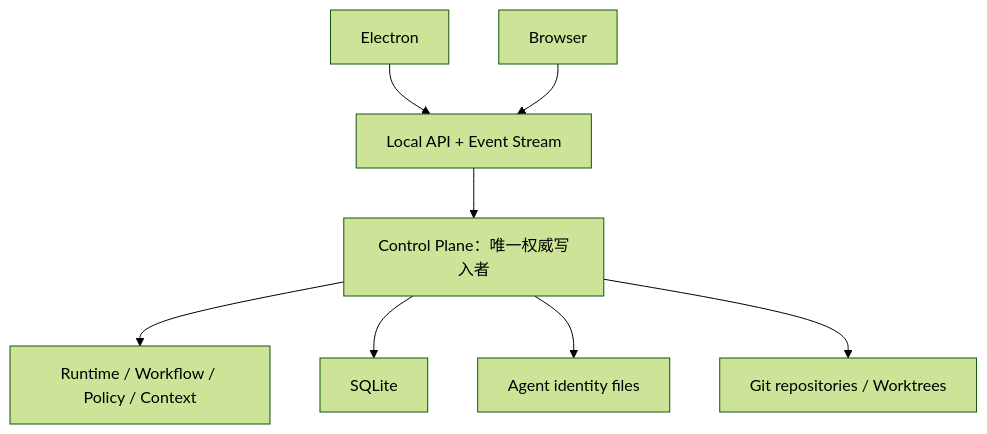
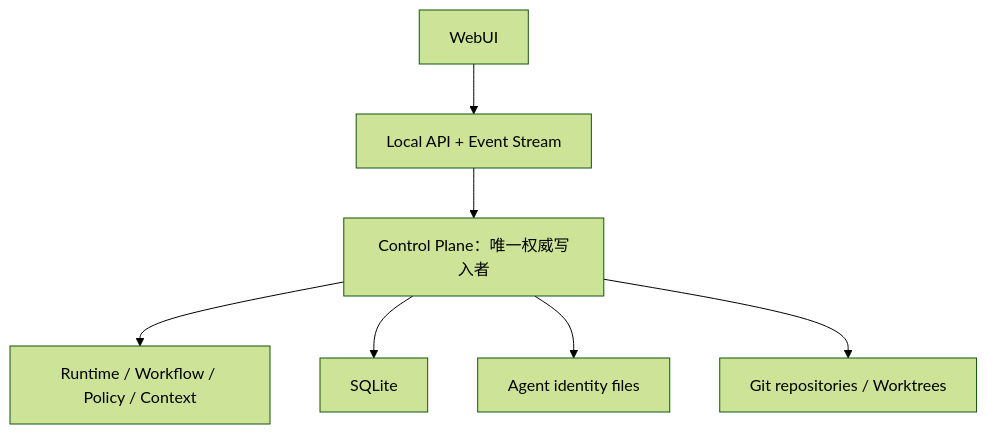
One commit to Ericwong5021/agents-company changed the third of 3 diagrams in docs/product-design/00-overview.md. Above: the diagram before and after it, drawn with Mermaid (forest theme). The commit also changed other lines of this file and 253 other files, not shown here.

````diff
--- a/docs/product-design/00-overview.md
+++ b/docs/product-design/00-overview.md
@@ -108,10 +107,9 @@
 ```mermaid
 flowchart TB
-    E["Electron"] --> API["Local API + Event Stream"]
-    B["Browser"] --> API
+    B["WebUI"] --> API["Local API + Event Stream"]
     API --> CP["Control Plane：唯一权威写入者"]
     CP --> R["Runtime / Workflow / Policy / Context"]
     CP --> DB["SQLite"]
     CP --> FS["Agent identity files"]
     CP --> Git["Git repositories / Worktrees"]
 ```
````
